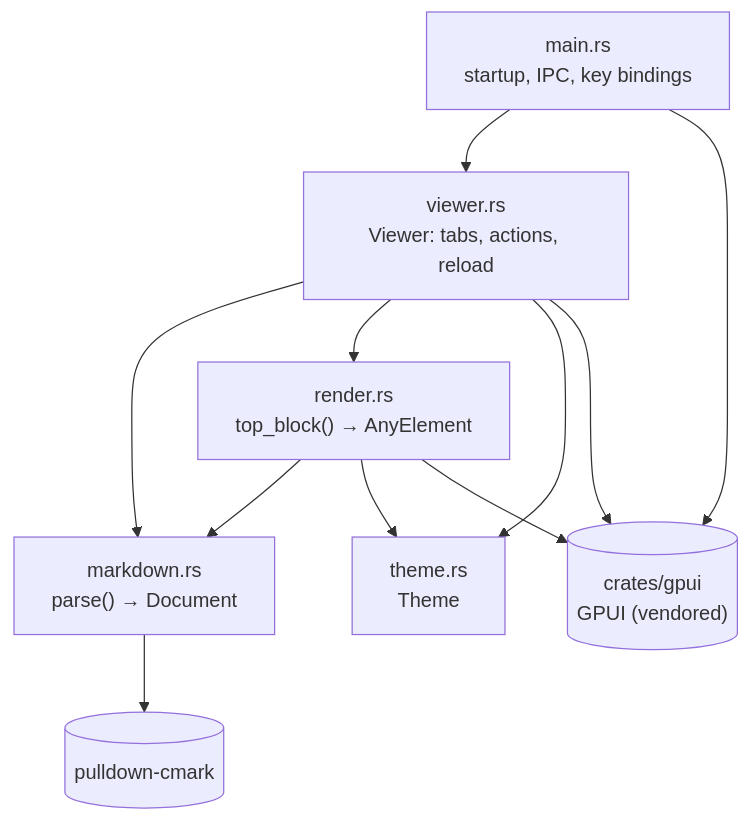
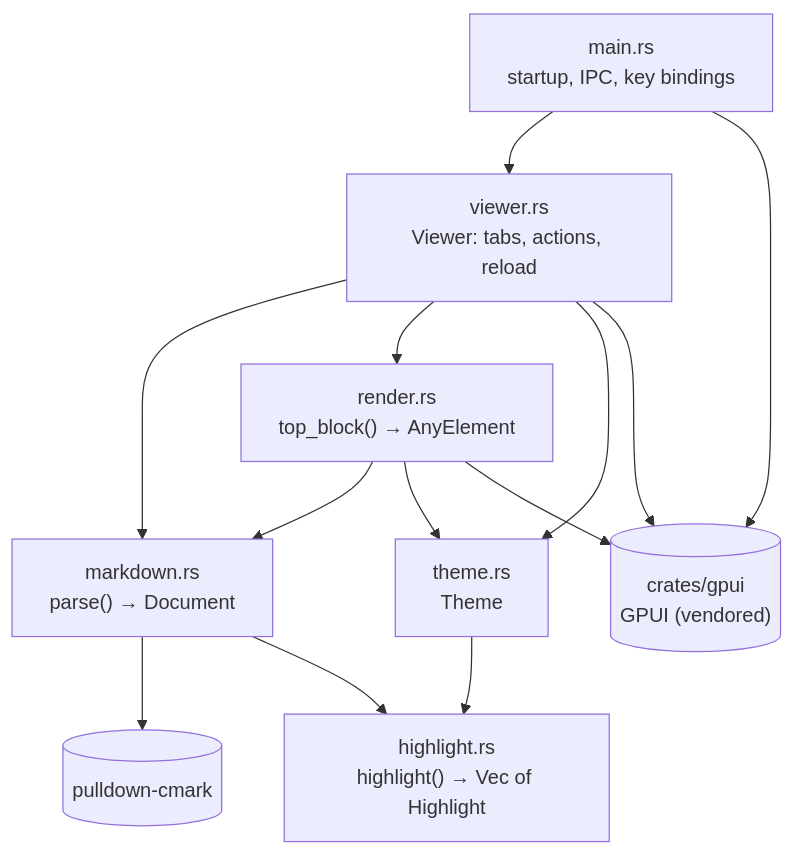
Before and after one commit to JorgeAgar/markdown-viewer-zed: the first of 5 diagrams in docs/architecture.md, drawn with Mermaid. The commit also changed other lines of this file and 9 other files, not shown here.

````diff
--- a/docs/architecture.md
+++ b/docs/architecture.md
@@ -21,21 +22,24 @@
 ```mermaid
 flowchart TD
     main["main.rs<br/>startup, IPC, key bindings"]
     viewer["viewer.rs<br/>Viewer: tabs, actions, reload"]
     markdown["markdown.rs<br/>parse() → Document"]
+    highlight["highlight.rs<br/>highlight() → Vec of Highlight"]
     render["render.rs<br/>top_block() → AnyElement"]
     theme["theme.rs<br/>Theme"]
     gpui[("crates/gpui<br/>GPUI (vendored)")]
     cmark[("pulldown-cmark")]
 
     main --> viewer
     main --> gpui
     viewer --> markdown
     viewer --> render
     viewer --> theme
     render --> markdown
     render --> theme
     render --> gpui
     viewer --> gpui
     markdown --> cmark
+    markdown --> highlight
+    theme --> highlight
 ```
````
